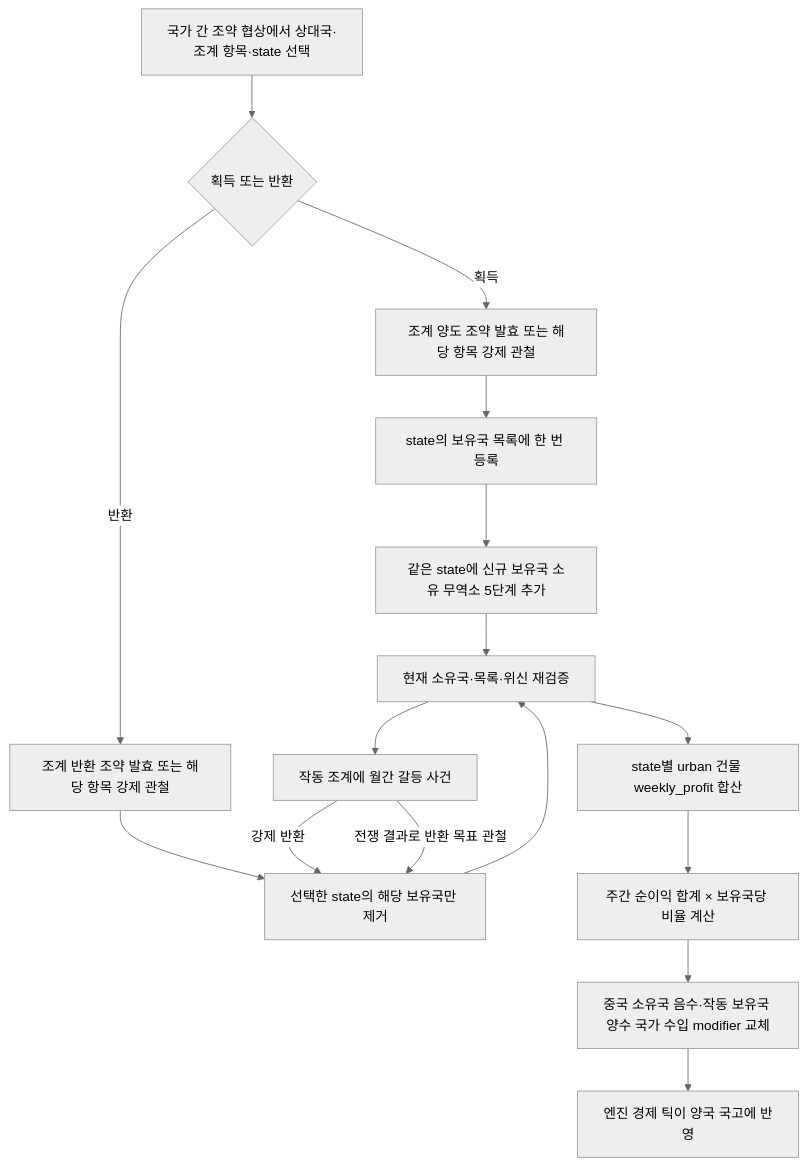
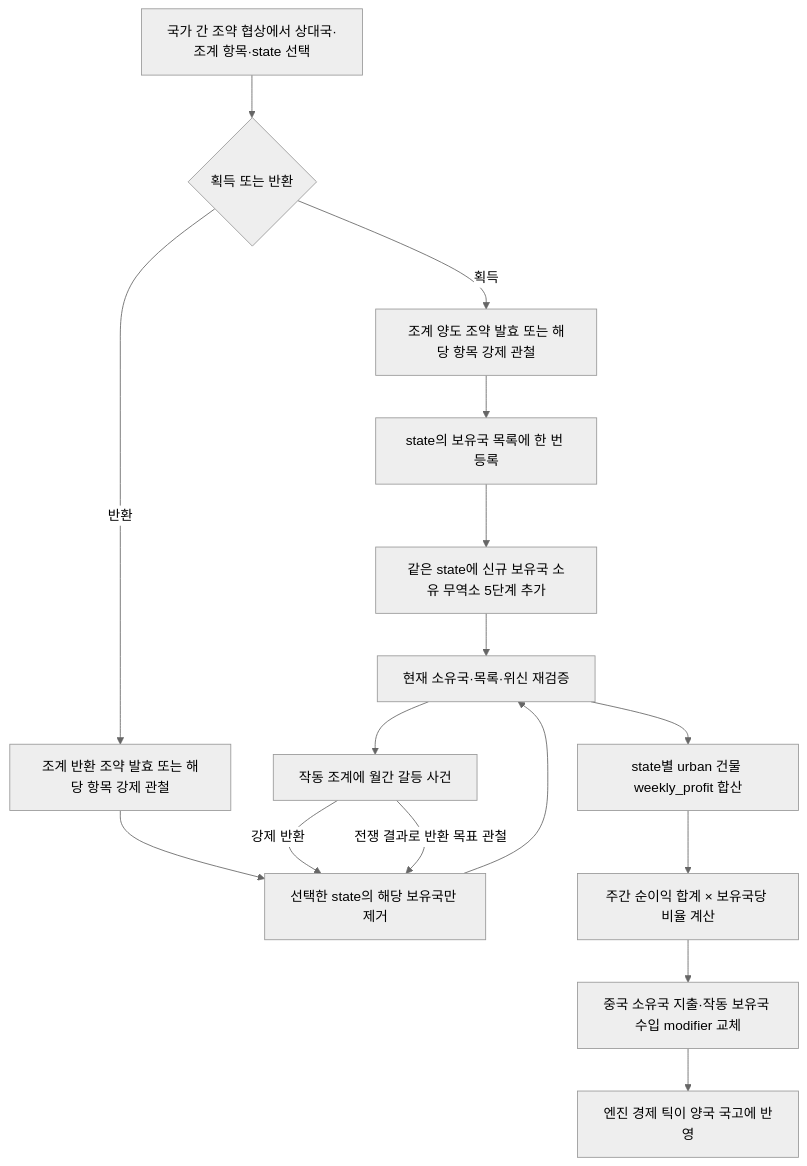
The first of 4 diagrams in documentation/china_concessions_design_plan.md (East-Asia-Flavor-Pack/East-Asia-Flavor-Pack), drawn with Mermaid (neutral theme) before and after one commit. The commit also changed other lines of this file and 15 other files, not shown here.

````diff
--- a/documentation/china_concessions_design_plan.md
+++ b/documentation/china_concessions_design_plan.md
@@ -20,18 +20,18 @@
 ```mermaid
 flowchart TD
     A["국가 간 조약 협상에서 상대국·조계 항목·state 선택"] --> B{"획득 또는 반환"}
     B -->|획득| C["조계 양도 조약 발효 또는 해당 항목 강제 관철"]
     B -->|반환| D["조계 반환 조약 발효 또는 해당 항목 강제 관철"]
     C --> E["state의 보유국 목록에 한 번 등록"]
     D --> F["선택한 state의 해당 보유국만 제거"]
     E --> T["같은 state에 신규 보유국 소유 무역소 5단계 추가"]
     T --> G["현재 소유국·목록·위신 재검증"]
     F --> G
     G --> H["state별 urban 건물 weekly_profit 합산"]
     H --> I["주간 순이익 합계 × 보유국당 비율 계산"]
-    I --> J["중국 소유국 음수·작동 보유국 양수 국가 수입 modifier 교체"]
+    I --> J["중국 소유국 지출·작동 보유국 수입 modifier 교체"]
     J --> K["엔진 경제 틱이 양국 국고에 반영"]
     G --> L["작동 조계에 월간 갈등 사건"]
     L -->|강제 반환| F
     L -->|전쟁 결과로 반환 목표 관철| F
 ```
````
